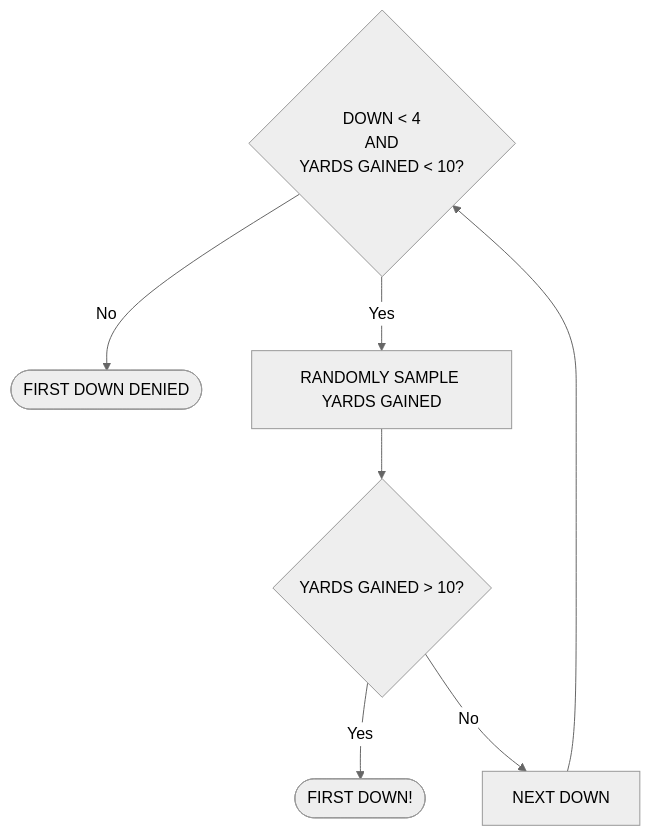
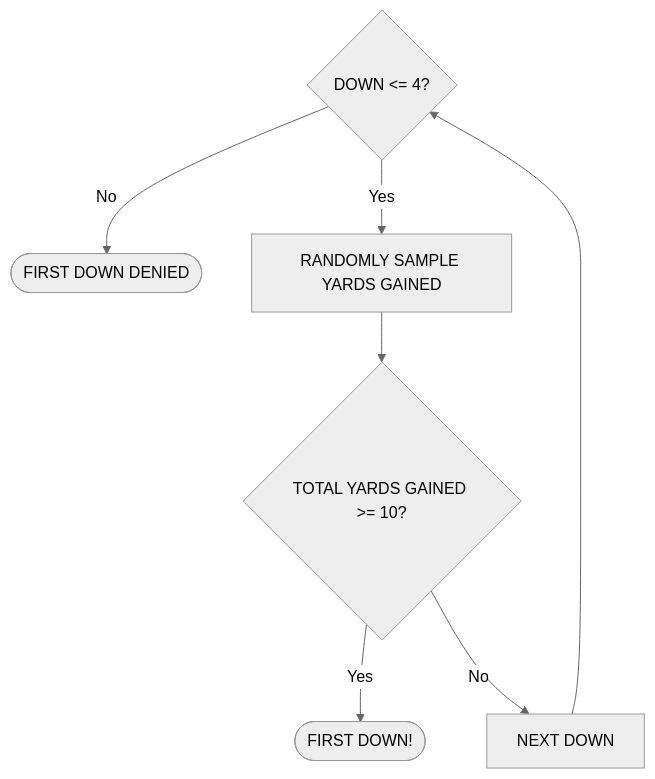
Before and after one commit to aubreyja/data367: the diagram in Bootstrapping/football-bootstrap.qmd, drawn with Mermaid (neutral theme). The commit also changed other lines of this file, not shown here.

````diff
--- a/Bootstrapping/football-bootstrap.qmd
+++ b/Bootstrapping/football-bootstrap.qmd
@@ -61,14 +172,12 @@
 ```{mermaid}
 flowchart TD
     B{
-      DOWN < 4 
-      AND 
-      YARDS GAINED < 10?
+      DOWN <= 4?
     }
     B -- No --> E([FIRST DOWN DENIED])
     B -- Yes --> C[RANDOMLY SAMPLE YARDS GAINED]
-    C --> D{YARDS GAINED > 10?}
+    C --> D{TOTAL YARDS GAINED >= 10?}
     D -- Yes --> F([FIRST DOWN!])
     D -- No --> G[NEXT DOWN]
     G --> B
 ```
````
